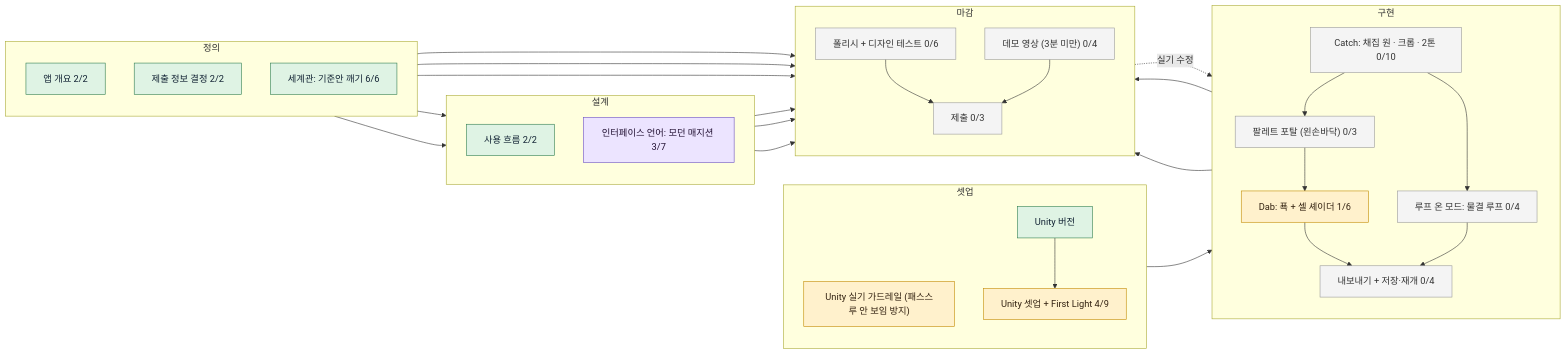
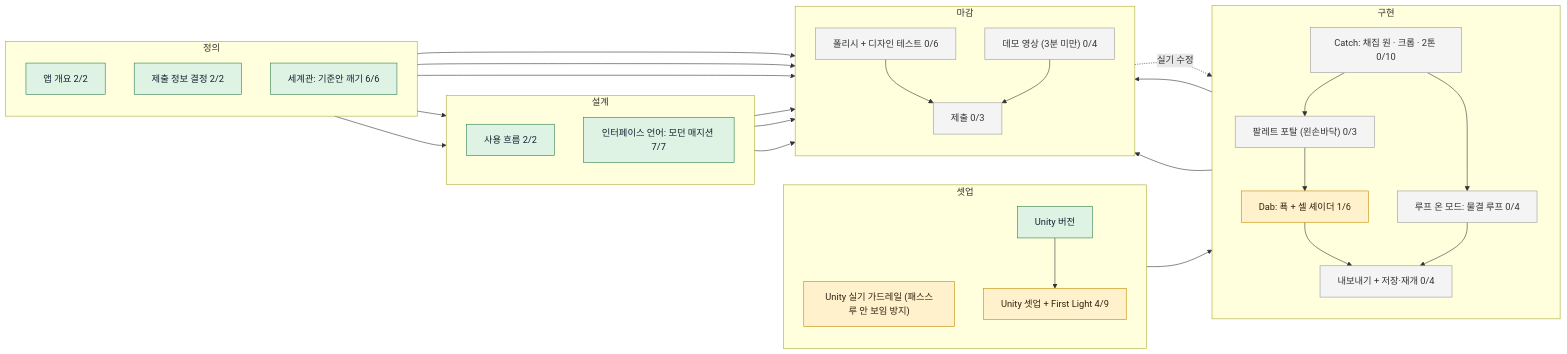
One commit to reality404studio/meta-mr-picker changed the diagram in board/BOARD.md. Above: the diagram before and after it, drawn with Mermaid. The commit also changed other lines of this file and 7 other files, not shown here.

````diff
--- a/board/BOARD.md
+++ b/board/BOARD.md
@@ -19,59 +18,59 @@
 ```mermaid
 flowchart LR
   subgraph s_define["정의"]
     direction TB
     brief["앱 개요 2/2"]:::done
     submit_meta["제출 정보 결정 2/2"]:::done
     world["세계관: 기준안 깨기 6/6"]:::done
   end
   subgraph s_design["설계"]
     direction TB
     usage_flow["사용 흐름 2/2"]:::done
-    interface["인터페이스 언어: 모던 매지션 3/7"]:::review
+    interface["인터페이스 언어: 모던 매지션 7/7"]:::done
   end
   subgraph s_prototype["셋업"]
     direction TB
     use_unity_guardrails["Unity 실기 가드레일 (패스스루 안 보임 방지)"]:::doing
     use_unity_version["Unity 버전"]:::done
     setup["Unity 셋업 + First Light 4/9"]:::doing
   end
   subgraph s_build["구현"]
     direction TB
     catch["Catch: 채집 원 · 크롭 · 2톤 0/10"]:::todo
     loop["루프 온 모드: 물결 루프 0/4"]:::todo
     portal["팔레트 포탈 (왼손바닥) 0/3"]:::todo
     dab["Dab: 푝 + 셀 셰이더 1/6"]:::doing
     export["내보내기 + 저장·재개 0/4"]:::todo
   end
   subgraph s_review["마감"]
     direction TB
     polish["폴리시 + 디자인 테스트 0/6"]:::todo
     demo_video["데모 영상 (3분 미만) 0/4"]:::todo
     submit["제출 0/3"]:::todo
   end
   brief --> usage_flow
   use_unity_version --> setup
   setup --> catch
   catch --> loop
   catch --> portal
   portal --> dab
   dab --> export
   loop --> export
   export --> polish
   usage_flow --> polish
   catch --> demo_video
   polish --> submit
   demo_video --> submit
   submit_meta --> submit
   polish -.->|실기 수정| dab
   world --> demo_video
   world --> polish
   world --> interface
   interface --> polish
   interface --> demo_video
   classDef done fill:#dff3e4,stroke:#2e7d4f,color:#123
   classDef doing fill:#fff1cc,stroke:#c28a00,color:#321
   classDef review fill:#ece4ff,stroke:#6a4fc2,color:#213
   classDef todo fill:#f4f4f4,stroke:#999,color:#333
   classDef blocked fill:#ffdede,stroke:#c22,color:#311
 ```
````
